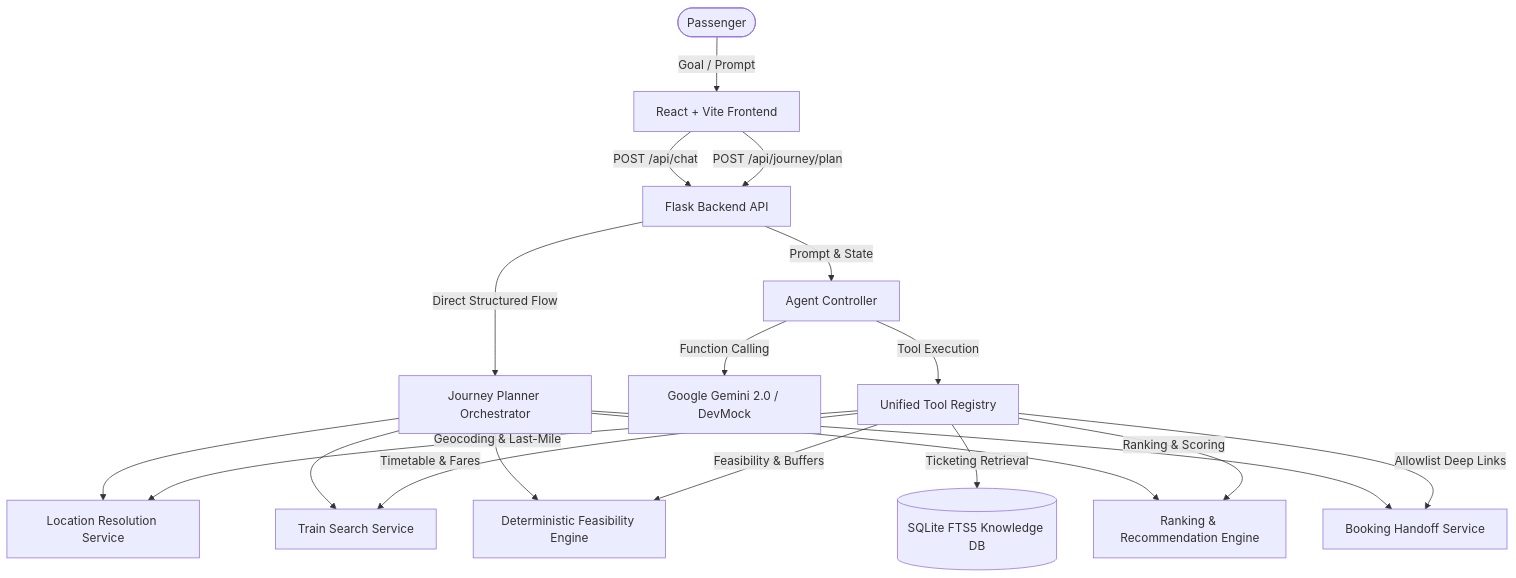
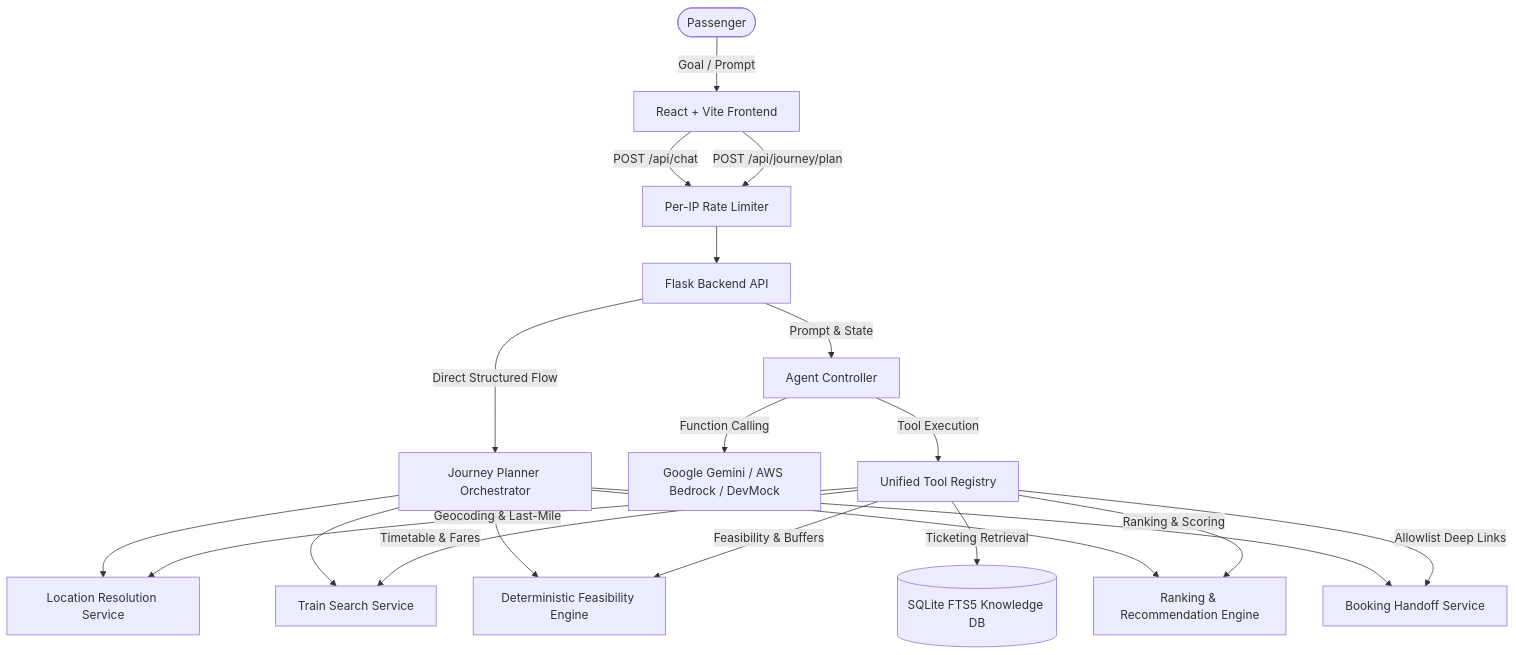
One commit to PaulShervin/RailSaathi changed the diagram in .agent/ARCHITECTURE.md. Above: the diagram before and after it, drawn with Mermaid. The commit also changed other lines of this file and 8 other files, not shown here.

Commit message:
docs: update .agent memory for Session 004, Bedrock provider, Rate Limiting, and module restructuring

````diff
--- a/.agent/ARCHITECTURE.md
+++ b/.agent/ARCHITECTURE.md
@@ -14,25 +15,26 @@
 ```mermaid
 graph TD
     User([Passenger]) -->|Goal / Prompt| FE[React + Vite Frontend]
-    FE -->|POST /api/journey/plan| API[Flask Backend API]
-    FE -->|POST /api/chat| API
+    FE -->|POST /api/journey/plan| RL[Per-IP Rate Limiter]
+    FE -->|POST /api/chat| RL
     
+    RL --> API[Flask Backend API]
     API -->|Prompt & State| AC[Agent Controller]
     API -->|Direct Structured Flow| JP[Journey Planner Orchestrator]
     
-    AC -->|Function Calling| LLM[Google Gemini 2.0 / DevMock]
+    AC -->|Function Calling| LLM[Google Gemini / AWS Bedrock / DevMock]
     AC -->|Tool Execution| TR[Unified Tool Registry]
     
     TR -->|Geocoding & Last-Mile| LOC[Location Resolution Service]
     TR -->|Timetable & Fares| TT[Train Search Service]
     TR -->|Feasibility & Buffers| FEAS[Deterministic Feasibility Engine]
     TR -->|Ranking & Scoring| RANK[Ranking & Recommendation Engine]
     TR -->|Allowlist Deep Links| BOOK[Booking Handoff Service]
     TR -->|Ticketing Retrieval| KB[(SQLite FTS5 Knowledge DB)]
     
     JP --> LOC
     JP --> TT
     JP --> FEAS
     JP --> RANK
     JP --> BOOK
 ```
````
